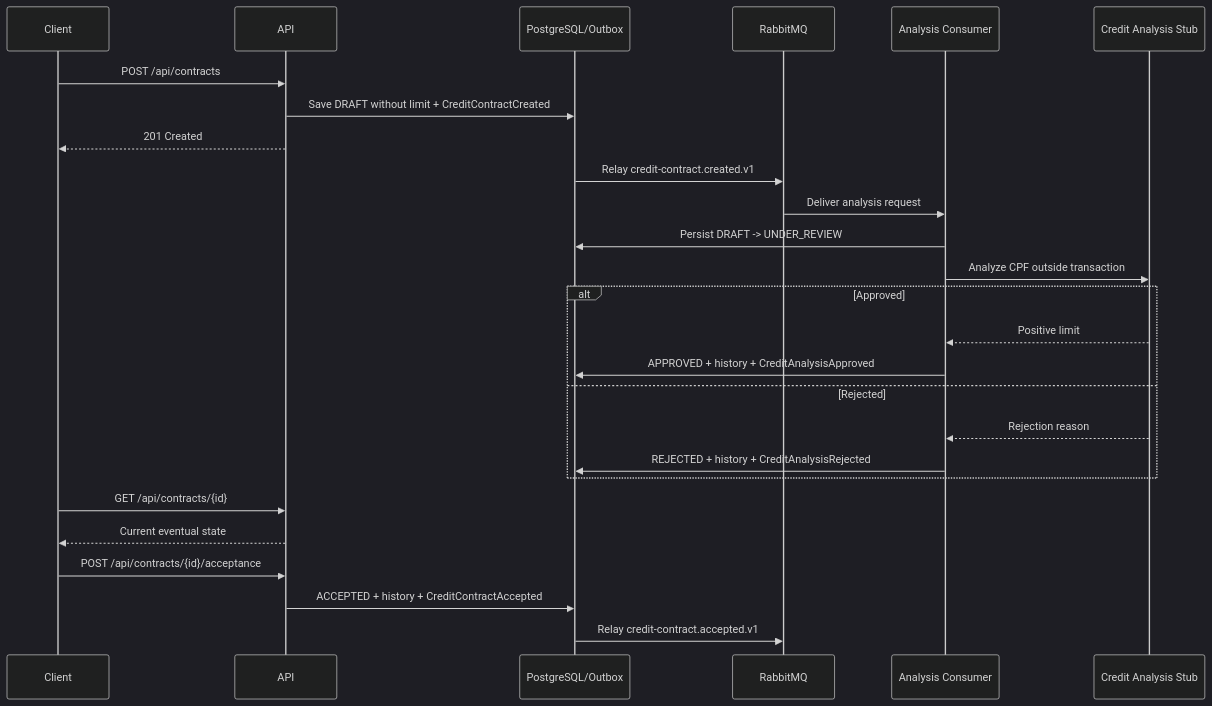
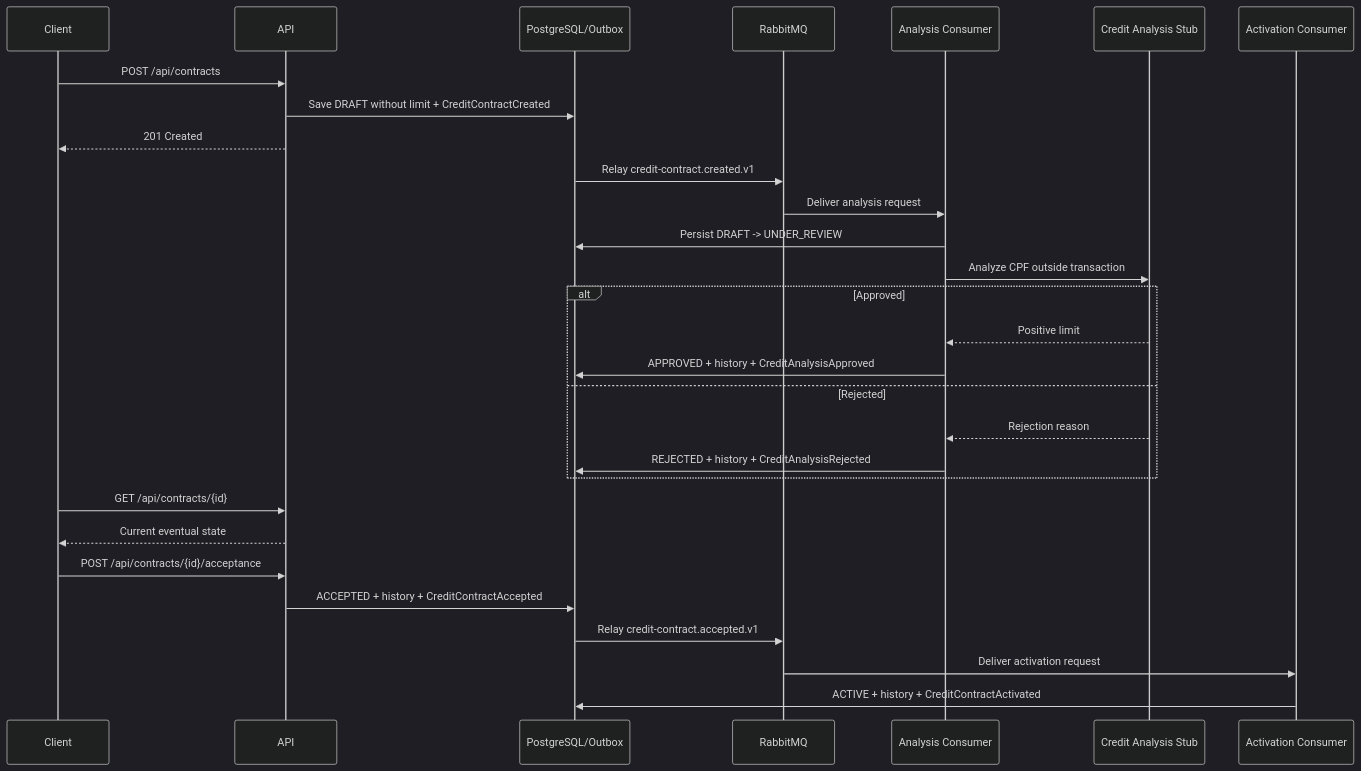
The fifth of 8 diagrams in docs/architecture/overview.md (tmcly/credit-contract-manager), drawn with Mermaid (dark theme) before and after one commit. The commit also changed other lines of this file and 18 other files, not shown here.

````diff
--- a/docs/architecture/overview.md
+++ b/docs/architecture/overview.md
@@ -173,29 +174,32 @@
 ```mermaid
 sequenceDiagram
     participant Client
     participant API
     participant DB as PostgreSQL/Outbox
     participant MQ as RabbitMQ
     participant Worker as Analysis Consumer
     participant Engine as Credit Analysis Stub
+    participant Activator as Activation Consumer
 
     Client->>API: POST /api/contracts
     API->>DB: Save DRAFT without limit + CreditContractCreated
     API-->>Client: 201 Created
     DB->>MQ: Relay credit-contract.created.v1
     MQ->>Worker: Deliver analysis request
     Worker->>DB: Persist DRAFT -> UNDER_REVIEW
     Worker->>Engine: Analyze CPF outside transaction
     alt Approved
         Engine-->>Worker: Positive limit
         Worker->>DB: APPROVED + history + CreditAnalysisApproved
     else Rejected
         Engine-->>Worker: Rejection reason
         Worker->>DB: REJECTED + history + CreditAnalysisRejected
     end
     Client->>API: GET /api/contracts/{id}
     API-->>Client: Current eventual state
     Client->>API: POST /api/contracts/{id}/acceptance
     API->>DB: ACCEPTED + history + CreditContractAccepted
     DB->>MQ: Relay credit-contract.accepted.v1
+    MQ->>Activator: Deliver activation request
+    Activator->>DB: ACTIVE + history + CreditContractActivated
 ```
````
